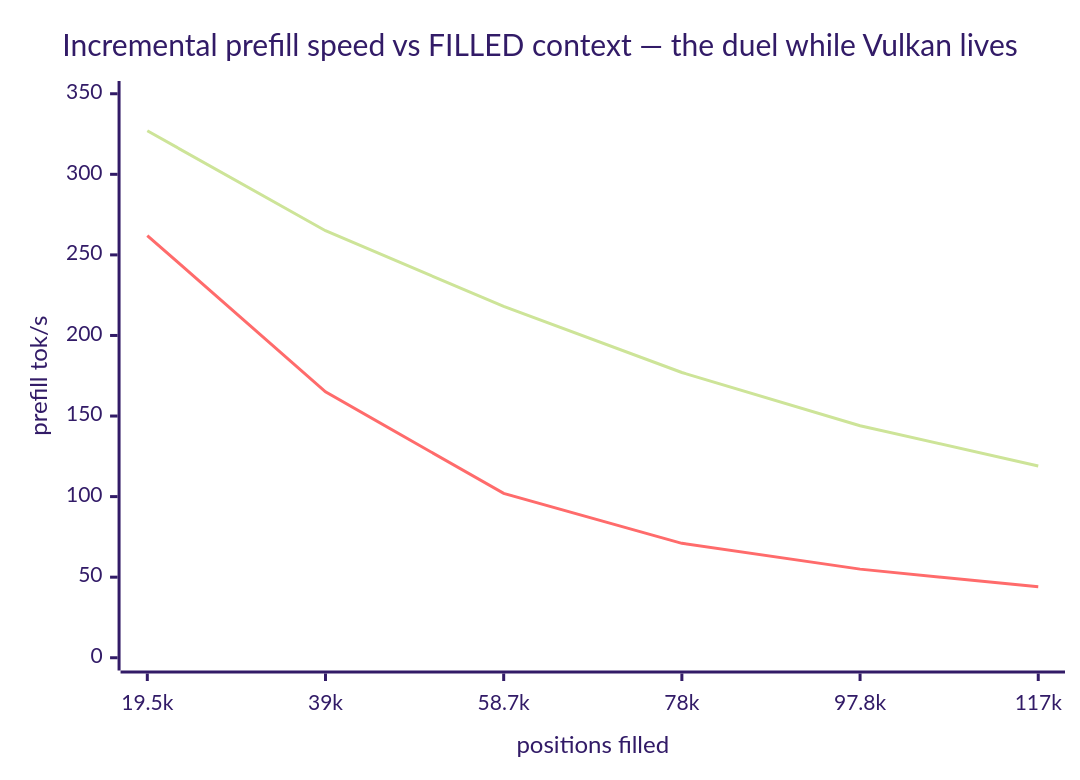
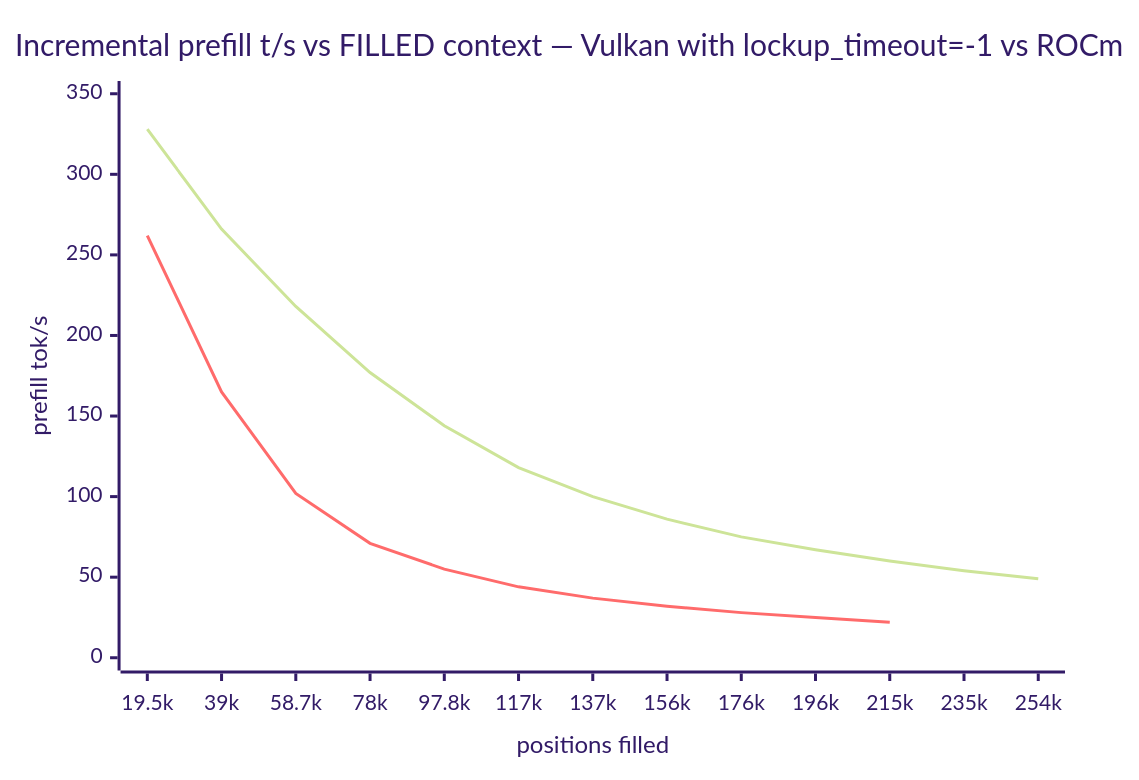
Before and after one commit to PieBru/Qwen-3.8-27B_Strix-Halo_gfx1151: the third of 3 diagrams in README.md, drawn with Mermaid (forest theme). The commit also changed other lines of this file and 2 other files, not shown here.

First line of the commit message:
feat: watchdog intervention verified — Vulkan fills the full 256k window with amdgpu.lockup_timeout=-1

````diff
--- a/README.md
+++ b/README.md
@@ -778,8 +784,8 @@
 ```mermaid
 xychart-beta
-    title "Incremental prefill speed vs FILLED context — the duel while Vulkan lives"
-    x-axis "positions filled" ["19.5k", "39k", "58.7k", "78k", "97.8k", "117k"]
+    title "Incremental prefill t/s vs FILLED context — Vulkan with lockup_timeout=-1 vs ROCm"
+    x-axis "positions filled" ["19.5k","39k","58.7k","78k","97.8k","117k","137k","156k","176k","196k","215k","235k","254k"]
     y-axis "prefill tok/s" 0 --> 350
-    line [327, 265, 218, 177, 144, 119]
-    line [262, 165, 102, 71, 55, 44]
+    line [328, 266, 218, 177, 144, 118, 100, 86, 75, 67, 60, 54, 49]
+    line [262, 165, 102, 71, 55, 44, 37, 32, 28, 25, 22]
 ```
````
